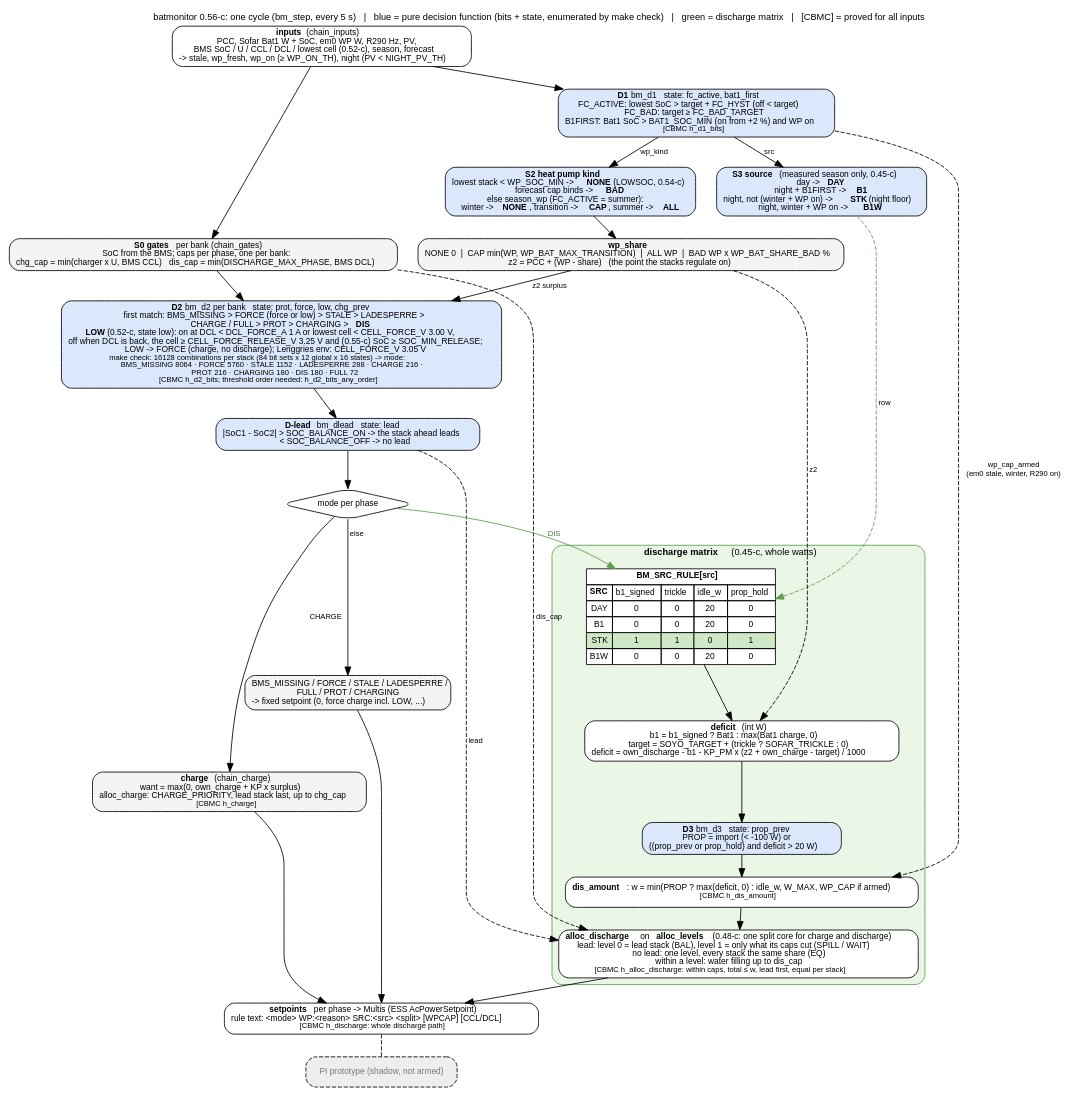
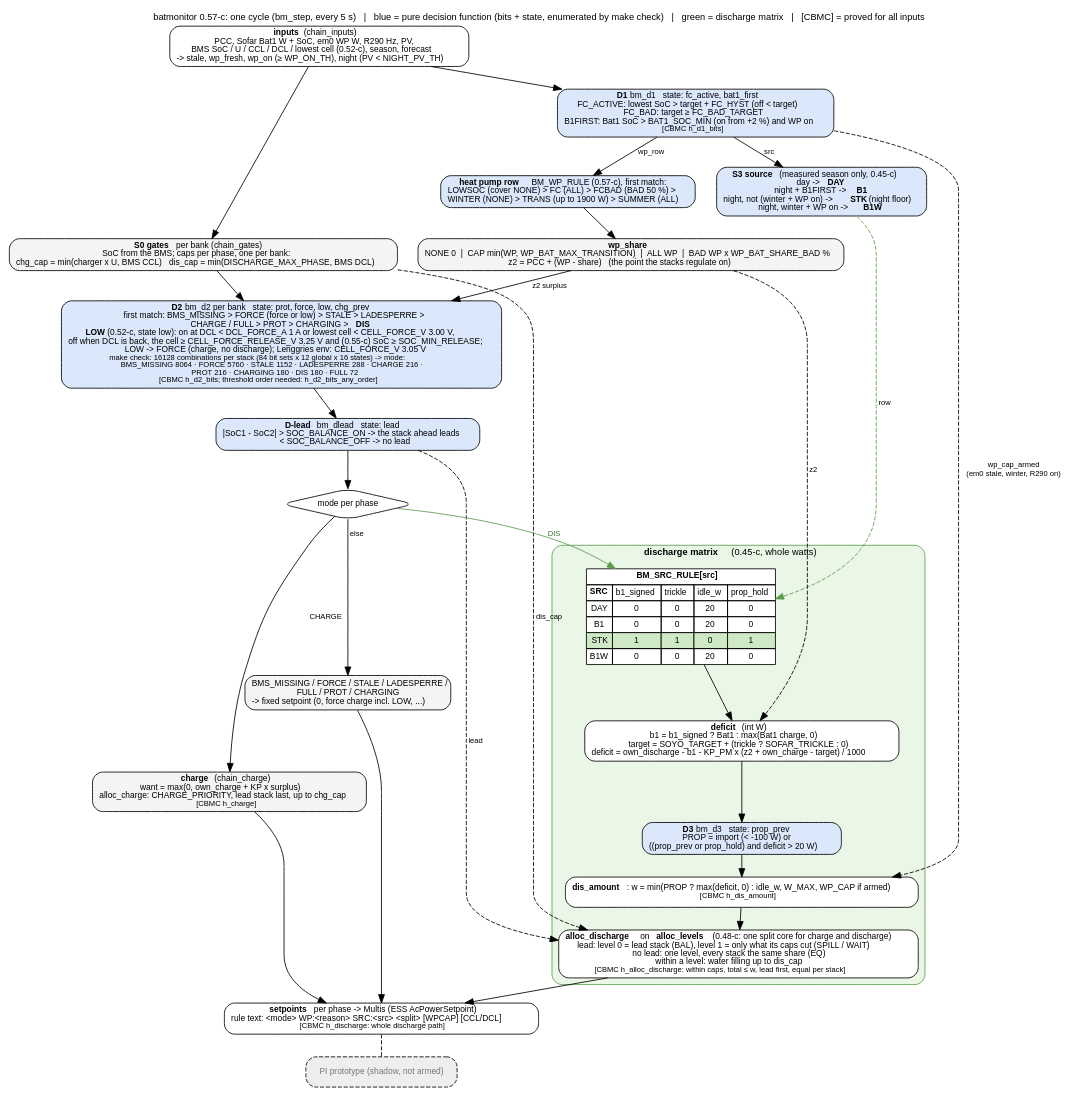
Before and after one commit to gerontec/victron: the diagram in docs/discharge_flow.dot, drawn with Graphviz. The commit also changed 14 other files, not shown here.

Commit message:
batmonitor 0.57-c: heat pump rules in one table BM_WP_RULE (row -> rule text, cover, pv_charge) instead of the reason and kind chains; fuzz-compare identical to 0.56-c, make check proves row = old chains

```diff
--- a/docs/discharge_flow.dot
+++ b/docs/discharge_flow.dot
@@ -1,75 +1,75 @@
 // batmonitor 0.45-c: decision flow of one cycle (bm_step), the discharge matrix highlighted.
 // render: dot -Tpdf discharge_flow.dot -o discharge_flow.pdf   (or -Tpng)
 digraph batmonitor {
 	graph [rankdir=TB, fontname="Helvetica", fontsize=11, nodesep=0.35, ranksep=0.35, newrank=true,
-		   label="batmonitor 0.56-c: one cycle (bm_step, every 5 s)   |   blue = pure decision function (bits + state, enumerated by make check)   |   green = discharge matrix   |   [CBMC] = proved for all inputs",
+		   label="batmonitor 0.57-c: one cycle (bm_step, every 5 s)   |   blue = pure decision function (bits + state, enumerated by make check)   |   green = discharge matrix   |   [CBMC] = proved for all inputs",
 		   labelloc=t];
 	node [shape=box, style="rounded,filled", fillcolor="#f4f4f4", fontname="Helvetica", fontsize=10];
 	edge [fontname="Helvetica", fontsize=9];
 
 	in [label=<<b>inputs</b> (chain_inputs)<br/>PCC, Sofar Bat1 W + SoC, em0 WP W, R290 Hz, PV,<br/>BMS SoC / U / CCL / DCL / lowest cell (0.52-c), season, forecast<br/>-&gt; stale, wp_fresh, wp_on (&ge; WP_ON_TH), night (PV &lt; NIGHT_PV_TH)>, fillcolor="#ffffff"];
 
 	d1 [label=<<b>D1</b> bm_d1   state: fc_active, bat1_first<br/>FC_ACTIVE: lowest SoC &gt; target + FC_HYST (off &lt; target)<br/>FC_BAD: target &ge; FC_BAD_TARGET<br/>B1FIRST: Bat1 SoC &gt; BAT1_SOC_MIN (on from +2 %) and WP on<br/><font point-size="9">[CBMC h_d1_bits]</font>>, fillcolor="#dbe8fb"];
 
 	src [label=<<b>S3 source</b> (measured season only, 0.45-c)<br/>day -&gt; <b>DAY</b><br/>night + B1FIRST -&gt; <b>B1</b><br/>night, not (winter + WP on) -&gt; <b>STK</b> (night floor)<br/>night, winter + WP on -&gt; <b>B1W</b>>, fillcolor="#dbe8fb"];
 
-	wpk [label=<<b>S2 heat pump kind</b><br/>lowest stack &lt; WP_SOC_MIN -&gt; <b>NONE</b> (LOWSOC, 0.54-c)<br/>forecast cap binds -&gt; <b>BAD</b><br/>else season_wp (FC_ACTIVE = summer):<br/>winter -&gt; <b>NONE</b>, transition -&gt; <b>CAP</b>, summer -&gt; <b>ALL</b>>, fillcolor="#dbe8fb"];
+	wpk [label=<<b>heat pump row</b> BM_WP_RULE (0.57-c), first match:<br/>LOWSOC (cover NONE) &gt; FC (ALL) &gt; FCBAD (BAD 50 %) &gt;<br/>WINTER (NONE) &gt; TRANS (up to 1900 W) &gt; SUMMER (ALL)>, fillcolor="#dbe8fb"];
 
 	share [label=<<b>wp_share</b><br/>NONE 0  |  CAP min(WP, WP_BAT_MAX_TRANSITION)  |  ALL WP  |  BAD WP x WP_BAT_SHARE_BAD %<br/>z2 = PCC + (WP - share)   (the point the stacks regulate on)>];
 
 	gates [label=<<b>S0 gates</b> per bank (chain_gates)<br/>SoC from the BMS; caps per phase, one per bank:<br/>chg_cap = min(charger x U, BMS CCL)   dis_cap = min(DISCHARGE_MAX_PHASE, BMS DCL)>];
 
 	d2 [label=<<b>D2</b> bm_d2 per bank   state: prot, force, low, chg_prev<br/>first match: BMS_MISSING &gt; FORCE (force or low) &gt; STALE &gt; LADESPERRE &gt;<br/>CHARGE / FULL &gt; PROT &gt; CHARGING &gt; <b>DIS</b><br/><b>LOW</b> (0.52-c, state low): on at DCL &lt; DCL_FORCE_A 1 A or lowest cell &lt; CELL_FORCE_V 3.00 V,<br/>off when DCL is back, the cell &ge; CELL_FORCE_RELEASE_V 3.25 V and (0.55-c) SoC &ge; SOC_MIN_RELEASE;<br/>LOW -&gt; FORCE (charge, no discharge); Lenggries env: CELL_FORCE_V 3.05 V<br/><font point-size="9">make check: 16128 combinations per stack (84 bit sets x 12 global x 16 states) -&gt; mode:<br/>BMS_MISSING 8064 · FORCE 5760 · STALE 1152 · LADESPERRE 288 · CHARGE 216 ·<br/>PROT 216 · CHARGING 180 · DIS 180 · FULL 72</font><br/><font point-size="9">[CBMC h_d2_bits; threshold order needed: h_d2_bits_any_order]</font>>, fillcolor="#dbe8fb"];
 
 	lead [label=<<b>D-lead</b> bm_dlead   state: lead<br/>|SoC1 - SoC2| &gt; SOC_BALANCE_ON -&gt; the stack ahead leads<br/>&lt; SOC_BALANCE_OFF -&gt; no lead>, fillcolor="#dbe8fb"];
 
 	modesplit [label="mode per phase", shape=diamond, fillcolor="#ffffff"];
 	other [label=<BMS_MISSING / FORCE / STALE / LADESPERRE /<br/>FULL / PROT / CHARGING<br/>-&gt; fixed setpoint (0, force charge incl. LOW, ...)>];
 
 	subgraph cluster_dis {
 		label=<<b>discharge matrix</b> (0.45-c, whole watts)>; style="rounded,filled"; fillcolor="#eaf6e6"; color="#5a9e4b"; fontsize=11;
 		rule [shape=plain, fillcolor="#ffffff", label=<
 			<table border="0" cellborder="1" cellspacing="0" cellpadding="3" bgcolor="#ffffff">
 			<tr><td colspan="5"><b>BM_SRC_RULE[src]</b></td></tr>
 			<tr><td><b>SRC</b></td><td>b1_signed</td><td>trickle</td><td>idle_w</td><td>prop_hold</td></tr>
 			<tr><td>DAY</td><td>0</td><td>0</td><td>20</td><td>0</td></tr>
 			<tr><td>B1</td><td>0</td><td>0</td><td>20</td><td>0</td></tr>
 			<tr><td bgcolor="#cfe8c6">STK</td><td bgcolor="#cfe8c6">1</td><td bgcolor="#cfe8c6">1</td><td bgcolor="#cfe8c6">0</td><td bgcolor="#cfe8c6">1</td></tr>
 			<tr><td>B1W</td><td>0</td><td>0</td><td>20</td><td>0</td></tr>
 			</table>>];
 		deficit [label=<<b>deficit</b> (int W)<br/>b1 = b1_signed ? Bat1 : max(Bat1 charge, 0)<br/>target = SOYO_TARGET + (trickle ? SOFAR_TRICKLE : 0)<br/>deficit = own_discharge - b1 - KP_PM x (z2 + own_charge - target) / 1000>, fillcolor="#ffffff"];
 		d3 [label=<<b>D3</b> bm_d3   state: prop_prev<br/>PROP = import (&lt; -100 W) or<br/>((prop_prev or prop_hold) and deficit &gt; 20 W)>, fillcolor="#dbe8fb"];
 		amount [label=<<b>dis_amount</b>: w = min(PROP ? max(deficit, 0) : idle_w, W_MAX, WP_CAP if armed)<br/><font point-size="9">[CBMC h_dis_amount]</font>>, fillcolor="#ffffff"];
 		alloc [label=<<b>alloc_discharge</b> on <b>alloc_levels</b> (0.48-c: one split core for charge and discharge)<br/>lead: level 0 = lead stack (BAL), level 1 = only what its caps cut (SPILL / WAIT)<br/>no lead: one level, every stack the same share (EQ)<br/>within a level: water filling up to dis_cap<br/><font point-size="9">[CBMC h_alloc_discharge: within caps, total &le; w, lead first, equal per stack]</font>>, fillcolor="#ffffff"];
 		rule -> deficit -> d3 -> amount -> alloc;
 	}
 
 	chg [label=<<b>charge</b> (chain_charge)<br/>want = max(0, own_charge + KP x surplus)<br/>alloc_charge: CHARGE_PRIORITY, lead stack last, up to chg_cap<br/><font point-size="9">[CBMC h_charge]</font>>];
 
 	out [label=<<b>setpoints</b> per phase -&gt; Multis (ESS AcPowerSetpoint)<br/>rule text: &lt;mode&gt; WP:&lt;reason&gt; SRC:&lt;src&gt; &lt;split&gt; [WPCAP] [CCL/DCL]<br/><font point-size="9">[CBMC h_discharge: whole discharge path]</font>>, fillcolor="#ffffff"];
 	pi [label="PI prototype (shadow, not armed)", fillcolor="#eeeeee", fontcolor="#777777", style="rounded,filled,dashed"];
 
 	in -> d1;
 	d1 -> src [label=" src"];
-	d1 -> wpk [label=" wp_kind"];
+	d1 -> wpk [label=" wp_row"];
 	wpk -> share;
 	in -> gates;
 	share -> d2 [label=" z2 surplus"];
 	gates -> d2;
 	d2 -> lead;
 	lead -> modesplit;
 	modesplit -> rule [label=" DIS", color="#5a9e4b", fontcolor="#3c7a30"];
 	modesplit -> chg [label=" CHARGE"];
 	modesplit -> other [label=" else"];
 	src -> rule [color="#5a9e4b", style=dashed, label=" row"];
 	share -> deficit [style=dashed, label=" z2"];
 	d1 -> amount [style=dashed, label=" wp_cap_armed\n(em0 stale, winter, R290 on)"];
 	gates -> alloc [style=dashed, label=" dis_cap"];
 	lead -> alloc [style=dashed, label=" lead"];
 	alloc -> out;
 	chg -> out;
 	other -> out;
 	out -> pi [style=dashed, arrowhead=none];
 
 	{rank=same; src; wpk;}
 }
```
